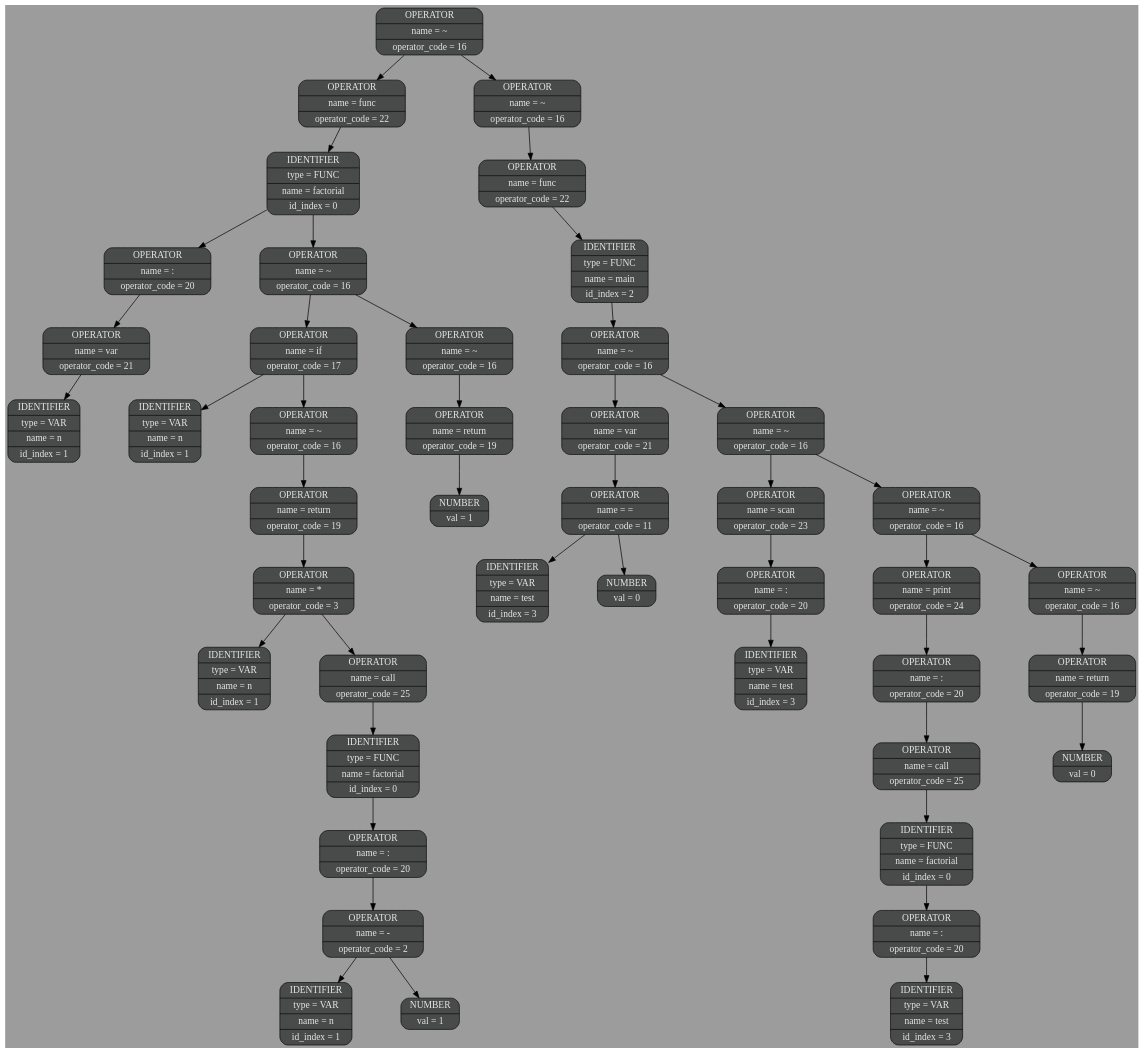
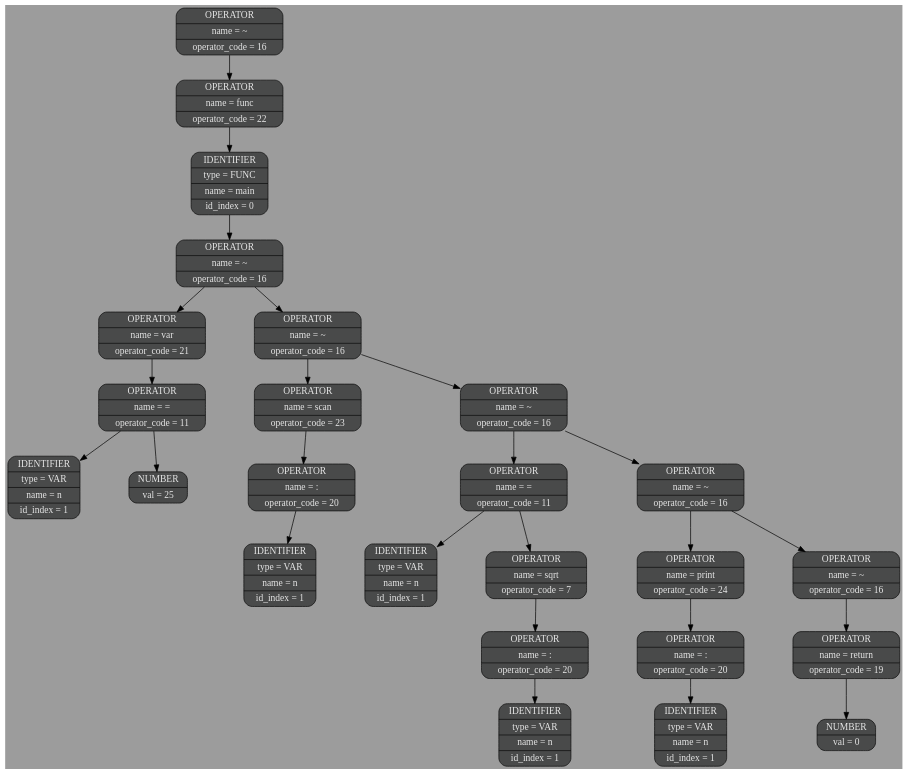
Before and after one commit to sevaphasol/compiler: the diagram in logs/dot_files/000.dot, drawn with Graphviz. The commit also changed 50 other files, not shown here.

```diff
--- a/logs/dot_files/000.dot
+++ b/logs/dot_files/000.dot
@@ -1,52 +1,33 @@
 digraph G{
 nodesep=1;
 ranksep=0.5;
 rankdir=HR;
 node[style=filled, color="#0a0a0a", fillcolor="#494a4a",fontcolor="#e6e6e6", fontsize=14];
 edge[color="#000000", fontsize=12, penwidth=1, fontcolor = "#49006a"];
 bgcolor="#9c9c9c";
-elem0x561c6e441e90[shape="Mrecord", label= "{OPERATOR | name = ~ | operator_code = 16}"];
-elem0x561c6e441e90->elem0x561c6e441eb8;elem0x561c6e441eb8[shape="Mrecord", label= "{OPERATOR | name = func | operator_code = 22}"];
-elem0x561c6e441eb8->elem0x561c6e441ee0;elem0x561c6e441ee0[shape="Mrecord", label= "{IDENTIFIER | type = FUNC | name = factorial | id_index = 0}"];
-elem0x561c6e441ee0->elem0x561c6e441f08;elem0x561c6e441f08[shape="Mrecord", label= "{OPERATOR | name = : | operator_code = 20}"];
-elem0x561c6e441f08->elem0x561c6e441f30;elem0x561c6e441f30[shape="Mrecord", label= "{OPERATOR | name = var | operator_code = 21}"];
-elem0x561c6e441f30->elem0x561c6e441f58;elem0x561c6e441f58[shape="Mrecord", label= "{IDENTIFIER | type = VAR | name = n | id_index = 1}"];
-elem0x561c6e441ee0->elem0x561c6e441f80;elem0x561c6e441f80[shape="Mrecord", label= "{OPERATOR | name = ~ | operator_code = 16}"];
-elem0x561c6e441f80->elem0x561c6e441fa8;elem0x561c6e441fa8[shape="Mrecord", label= "{OPERATOR | name = if | operator_code = 17}"];
-elem0x561c6e441fa8->elem0x561c6e441fd0;elem0x561c6e441fd0[shape="Mrecord", label= "{IDENTIFIER | type = VAR | name = n | id_index = 1}"];
-elem0x561c6e441fa8->elem0x561c6e441ff8;elem0x561c6e441ff8[shape="Mrecord", label= "{OPERATOR | name = ~ | operator_code = 16}"];
-elem0x561c6e441ff8->elem0x561c6e442020;elem0x561c6e442020[shape="Mrecord", label= "{OPERATOR | name = return | operator_code = 19}"];
-elem0x561c6e442020->elem0x561c6e442048;elem0x561c6e442048[shape="Mrecord", label= "{OPERATOR | name = * | operator_code = 3}"];
-elem0x561c6e442048->elem0x561c6e442070;elem0x561c6e442070[shape="Mrecord", label= "{IDENTIFIER | type = VAR | name = n | id_index = 1}"];
-elem0x561c6e442048->elem0x561c6e442098;elem0x561c6e442098[shape="Mrecord", label= "{OPERATOR | name = call | operator_code = 25}"];
-elem0x561c6e442098->elem0x561c6e4420c0;elem0x561c6e4420c0[shape="Mrecord", label= "{IDENTIFIER | type = FUNC | name = factorial | id_index = 0}"];
-elem0x561c6e4420c0->elem0x561c6e4420e8;elem0x561c6e4420e8[shape="Mrecord", label= "{OPERATOR | name = : | operator_code = 20}"];
-elem0x561c6e4420e8->elem0x561c6e442110;elem0x561c6e442110[shape="Mrecord", label= "{OPERATOR | name = - | operator_code = 2}"];
-elem0x561c6e442110->elem0x561c6e442138;elem0x561c6e442138[shape="Mrecord", label= "{IDENTIFIER | type = VAR | name = n | id_index = 1}"];
-elem0x561c6e442110->elem0x561c6e442160;elem0x561c6e442160[shape="Mrecord", label= "{NUMBER | val = 1}"];
-elem0x561c6e441f80->elem0x561c6e442188;elem0x561c6e442188[shape="Mrecord", label= "{OPERATOR | name = ~ | operator_code = 16}"];
-elem0x561c6e442188->elem0x561c6e4421b0;elem0x561c6e4421b0[shape="Mrecord", label= "{OPERATOR | name = return | operator_code = 19}"];
-elem0x561c6e4421b0->elem0x561c6e4421d8;elem0x561c6e4421d8[shape="Mrecord", label= "{NUMBER | val = 1}"];
-elem0x561c6e441e90->elem0x561c6e442200;elem0x561c6e442200[shape="Mrecord", label= "{OPERATOR | name = ~ | operator_code = 16}"];
-elem0x561c6e442200->elem0x561c6e442228;elem0x561c6e442228[shape="Mrecord", label= "{OPERATOR | name = func | operator_code = 22}"];
-elem0x561c6e442228->elem0x561c6e442250;elem0x561c6e442250[shape="Mrecord", label= "{IDENTIFIER | type = FUNC | name = main | id_index = 2}"];
-elem0x561c6e442250->elem0x561c6e442278;elem0x561c6e442278[shape="Mrecord", label= "{OPERATOR | name = ~ | operator_code = 16}"];
-elem0x561c6e442278->elem0x561c6e4422a0;elem0x561c6e4422a0[shape="Mrecord", label= "{OPERATOR | name = var | operator_code = 21}"];
-elem0x561c6e4422a0->elem0x561c6e4422c8;elem0x561c6e4422c8[shape="Mrecord", label= "{OPERATOR | name = = | operator_code = 11}"];
-elem0x561c6e4422c8->elem0x561c6e4422f0;elem0x561c6e4422f0[shape="Mrecord", label= "{IDENTIFIER | type = VAR | name = test | id_index = 3}"];
-elem0x561c6e4422c8->elem0x561c6e442318;elem0x561c6e442318[shape="Mrecord", label= "{NUMBER | val = 0}"];
-elem0x561c6e442278->elem0x561c6e442340;elem0x561c6e442340[shape="Mrecord", label= "{OPERATOR | name = ~ | operator_code = 16}"];
-elem0x561c6e442340->elem0x561c6e442368;elem0x561c6e442368[shape="Mrecord", label= "{OPERATOR | name = scan | operator_code = 23}"];
-elem0x561c6e442368->elem0x561c6e442390;elem0x561c6e442390[shape="Mrecord", label= "{OPERATOR | name = : | operator_code = 20}"];
-elem0x561c6e442390->elem0x561c6e4423b8;elem0x561c6e4423b8[shape="Mrecord", label= "{IDENTIFIER | type = VAR | name = test | id_index = 3}"];
-elem0x561c6e442340->elem0x561c6e4423e0;elem0x561c6e4423e0[shape="Mrecord", label= "{OPERATOR | name = ~ | operator_code = 16}"];
-elem0x561c6e4423e0->elem0x561c6e442408;elem0x561c6e442408[shape="Mrecord", label= "{OPERATOR | name = print | operator_code = 24}"];
-elem0x561c6e442408->elem0x561c6e442430;elem0x561c6e442430[shape="Mrecord", label= "{OPERATOR | name = : | operator_code = 20}"];
-elem0x561c6e442430->elem0x561c6e442458;elem0x561c6e442458[shape="Mrecord", label= "{OPERATOR | name = call | operator_code = 25}"];
-elem0x561c6e442458->elem0x561c6e442480;elem0x561c6e442480[shape="Mrecord", label= "{IDENTIFIER | type = FUNC | name = factorial | id_index = 0}"];
-elem0x561c6e442480->elem0x561c6e4424a8;elem0x561c6e4424a8[shape="Mrecord", label= "{OPERATOR | name = : | operator_code = 20}"];
-elem0x561c6e4424a8->elem0x561c6e4424d0;elem0x561c6e4424d0[shape="Mrecord", label= "{IDENTIFIER | type = VAR | name = test | id_index = 3}"];
-elem0x561c6e4423e0->elem0x561c6e4424f8;elem0x561c6e4424f8[shape="Mrecord", label= "{OPERATOR | name = ~ | operator_code = 16}"];
-elem0x561c6e4424f8->elem0x561c6e442520;elem0x561c6e442520[shape="Mrecord", label= "{OPERATOR | name = return | operator_code = 19}"];
-elem0x561c6e442520->elem0x561c6e442548;elem0x561c6e442548[shape="Mrecord", label= "{NUMBER | val = 0}"];
+elem0x55b5cf0ca700[shape="Mrecord", label= "{OPERATOR | name = ~ | operator_code = 16}"];
+elem0x55b5cf0ca700->elem0x55b5cf0ca728;elem0x55b5cf0ca728[shape="Mrecord", label= "{OPERATOR | name = func | operator_code = 22}"];
+elem0x55b5cf0ca728->elem0x55b5cf0ca750;elem0x55b5cf0ca750[shape="Mrecord", label= "{IDENTIFIER | type = FUNC | name = main | id_index = 0}"];
+elem0x55b5cf0ca750->elem0x55b5cf0ca778;elem0x55b5cf0ca778[shape="Mrecord", label= "{OPERATOR | name = ~ | operator_code = 16}"];
+elem0x55b5cf0ca778->elem0x55b5cf0ca7a0;elem0x55b5cf0ca7a0[shape="Mrecord", label= "{OPERATOR | name = var | operator_code = 21}"];
+elem0x55b5cf0ca7a0->elem0x55b5cf0ca7c8;elem0x55b5cf0ca7c8[shape="Mrecord", label= "{OPERATOR | name = = | operator_code = 11}"];
+elem0x55b5cf0ca7c8->elem0x55b5cf0ca7f0;elem0x55b5cf0ca7f0[shape="Mrecord", label= "{IDENTIFIER | type = VAR | name = n | id_index = 1}"];
+elem0x55b5cf0ca7c8->elem0x55b5cf0ca818;elem0x55b5cf0ca818[shape="Mrecord", label= "{NUMBER | val = 25}"];
+elem0x55b5cf0ca778->elem0x55b5cf0ca840;elem0x55b5cf0ca840[shape="Mrecord", label= "{OPERATOR | name = ~ | operator_code = 16}"];
+elem0x55b5cf0ca840->elem0x55b5cf0ca868;elem0x55b5cf0ca868[shape="Mrecord", label= "{OPERATOR | name = scan | operator_code = 23}"];
+elem0x55b5cf0ca868->elem0x55b5cf0ca890;elem0x55b5cf0ca890[shape="Mrecord", label= "{OPERATOR | name = : | operator_code = 20}"];
+elem0x55b5cf0ca890->elem0x55b5cf0ca8b8;elem0x55b5cf0ca8b8[shape="Mrecord", label= "{IDENTIFIER | type = VAR | name = n | id_index = 1}"];
+elem0x55b5cf0ca840->elem0x55b5cf0ca8e0;elem0x55b5cf0ca8e0[shape="Mrecord", label= "{OPERATOR | name = ~ | operator_code = 16}"];
+elem0x55b5cf0ca8e0->elem0x55b5cf0ca908;elem0x55b5cf0ca908[shape="Mrecord", label= "{OPERATOR | name = = | operator_code = 11}"];
+elem0x55b5cf0ca908->elem0x55b5cf0ca930;elem0x55b5cf0ca930[shape="Mrecord", label= "{IDENTIFIER | type = VAR | name = n | id_index = 1}"];
+elem0x55b5cf0ca908->elem0x55b5cf0ca958;elem0x55b5cf0ca958[shape="Mrecord", label= "{OPERATOR | name = sqrt | operator_code = 7}"];
+elem0x55b5cf0ca958->elem0x55b5cf0ca980;elem0x55b5cf0ca980[shape="Mrecord", label= "{OPERATOR | name = : | operator_code = 20}"];
+elem0x55b5cf0ca980->elem0x55b5cf0ca9a8;elem0x55b5cf0ca9a8[shape="Mrecord", label= "{IDENTIFIER | type = VAR | name = n | id_index = 1}"];
+elem0x55b5cf0ca8e0->elem0x55b5cf0ca9d0;elem0x55b5cf0ca9d0[shape="Mrecord", label= "{OPERATOR | name = ~ | operator_code = 16}"];
+elem0x55b5cf0ca9d0->elem0x55b5cf0ca9f8;elem0x55b5cf0ca9f8[shape="Mrecord", label= "{OPERATOR | name = print | operator_code = 24}"];
+elem0x55b5cf0ca9f8->elem0x55b5cf0caa20;elem0x55b5cf0caa20[shape="Mrecord", label= "{OPERATOR | name = : | operator_code = 20}"];
+elem0x55b5cf0caa20->elem0x55b5cf0caa48;elem0x55b5cf0caa48[shape="Mrecord", label= "{IDENTIFIER | type = VAR | name = n | id_index = 1}"];
+elem0x55b5cf0ca9d0->elem0x55b5cf0caa70;elem0x55b5cf0caa70[shape="Mrecord", label= "{OPERATOR | name = ~ | operator_code = 16}"];
+elem0x55b5cf0caa70->elem0x55b5cf0caa98;elem0x55b5cf0caa98[shape="Mrecord", label= "{OPERATOR | name = return | operator_code = 19}"];
+elem0x55b5cf0caa98->elem0x55b5cf0caac0;elem0x55b5cf0caac0[shape="Mrecord", label= "{NUMBER | val = 0}"];
 }
```
